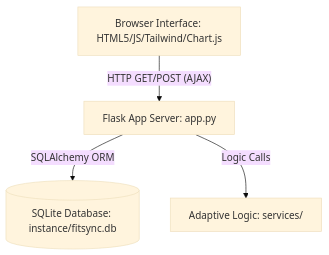
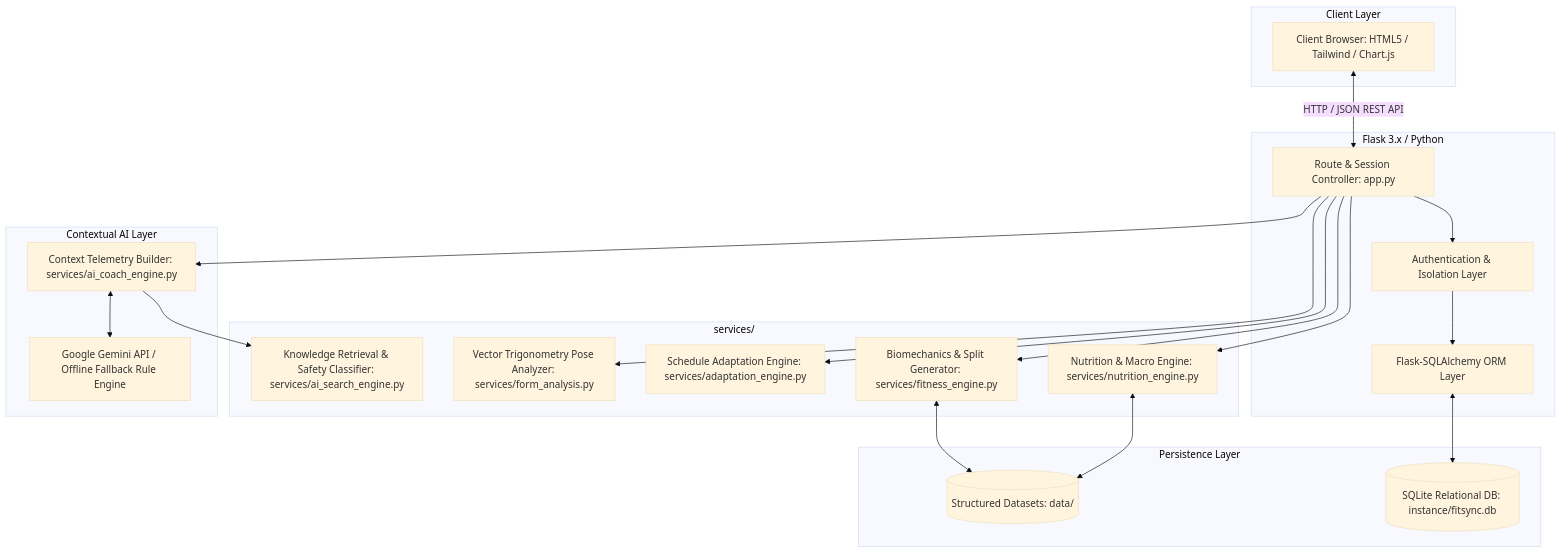
The first of 2 diagrams in docs/ARCHITECTURE.md (hasitha0604-2006/FITSYNC), drawn with Mermaid (base theme) before and after one commit. The commit also changed other lines of this file and 6 other files, not shown here.

Commit message:
docs: enrich architecture specification, refine UI theme switcher and test suite hardening

````diff
--- a/docs/ARCHITECTURE.md
+++ b/docs/ARCHITECTURE.md
@@ -11,11 +9,44 @@
 ```mermaid
 graph TD
-    Client[Browser Interface: HTML5/JS/Tailwind/Chart.js]
-    Flask[Flask App Server: app.py]
-    SQLite[(SQLite Database: instance/fitsync.db)]
-    Engines[Adaptive Logic: services/]
+    subgraph Client Layer
+        Browser[Client Browser: HTML5 / Tailwind / Chart.js]
+    end
 
-    Client -- HTTP GET/POST (AJAX) --> Flask
-    Flask -- SQLAlchemy ORM --> SQLite
-    Flask -- Logic Calls --> Engines
+    subgraph Application Server [Flask 3.x / Python]
+        Router[Route & Session Controller: app.py]
+        Auth[Authentication & Isolation Layer]
+        ORM[Flask-SQLAlchemy ORM Layer]
+    end
+
+    subgraph Deterministic Engine Core [services/]
+        NutritionEngine[Nutrition & Macro Engine: services/nutrition_engine.py]
+        FitnessEngine[Biomechanics & Split Generator: services/fitness_engine.py]
+        AdaptEngine[Schedule Adaptation Engine: services/adaptation_engine.py]
+        FormEngine[Vector Trigonometry Pose Analyzer: services/form_analysis.py]
+        SearchEngine[Knowledge Retrieval & Safety Classifier: services/ai_search_engine.py]
+    end
+
+    subgraph Persistence Layer
+        DB[(SQLite Relational DB: instance/fitsync.db)]
+        Datasets[(Structured Datasets: data/)]
+    end
+
+    subgraph Contextual AI Layer
+        CoachEngine[Context Telemetry Builder: services/ai_coach_engine.py]
+        LLM[Google Gemini API / Offline Fallback Rule Engine]
+    end
+
+    Browser <-->|HTTP / JSON REST API| Router
+    Router --> Auth
+    Auth --> ORM
+    ORM <--> DB
+    Router --> NutritionEngine
+    Router --> FitnessEngine
+    Router --> AdaptEngine
+    Router --> FormEngine
+    Router --> CoachEngine
+    CoachEngine --> SearchEngine
+    CoachEngine <--> LLM
+    NutritionEngine <--> Datasets
+    FitnessEngine <--> Datasets
 ```
````
